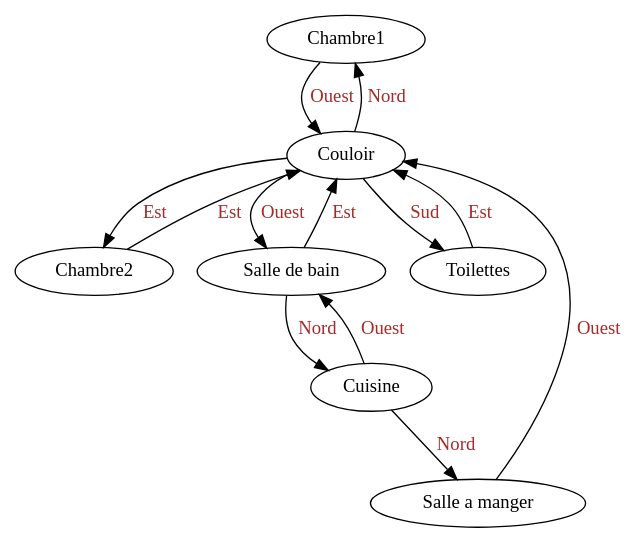
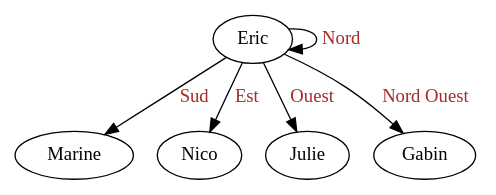
The diagram in Dots/dot.dot (JESAISaps/KnotsAndStrings), drawn with Graphviz before and after one commit. The commit also changed 4 other files, not shown here.

```diff
--- a/Dots/dot.dot
+++ b/Dots/dot.dot
@@ -1,21 +1,12 @@
 digraph g{ 
-"Chambre1";
-"Chambre1" -> "Couloir" [label = "Ouest"] [fontcolor=brown]
-"Chambre2";
-"Chambre2" -> "Couloir" [label = "Est"] [fontcolor=brown]
-"Salle de bain";
-"Salle de bain" -> "Cuisine" [label = "Nord"][fontcolor=brown]
-"Salle de bain" -> "Couloir" [label = "Est"] [fontcolor=brown]
-"Salle a manger";
-"Salle a manger" -> "Couloir" [label = "Ouest"] [fontcolor=brown]
-"Toilettes";
-"Toilettes" -> "Couloir" [label = "Est"] [fontcolor=brown]
-"Couloir";
-"Couloir" -> "Chambre1" [label = "Nord"] [fontcolor=brown]
-"Couloir" -> "Chambre2" [label = "Est"] [fontcolor=brown]
-"Couloir" -> "Salle de bain" [label = "Ouest"] [fontcolor=brown]
-"Couloir" -> "Toilettes" [label = "Sud"] [fontcolor=brown]
-"Cuisine";
-"Cuisine" -> "Salle a manger" [label = "Nord"] [fontcolor=brown]
-"Cuisine" -> "Salle de bain" [label = "Ouest"] [fontcolor=brown]
+"Eric";
+"Eric" -> "Eric" [label = "Nord"] [fontcolor=brown]
+"Eric" -> "Marine" [label = "Sud"] [fontcolor=brown]
+"Eric" -> "Nico" [label = "Est"] [fontcolor=brown]
+"Eric" -> "Julie" [label = "Ouest"] [fontcolor=brown]
+"Eric" -> "Gabin" [label = "Nord Ouest"] [fontcolor=brown]
+"Marine";
+"Nico";
+"Julie";
+"Gabin";
 }
```
